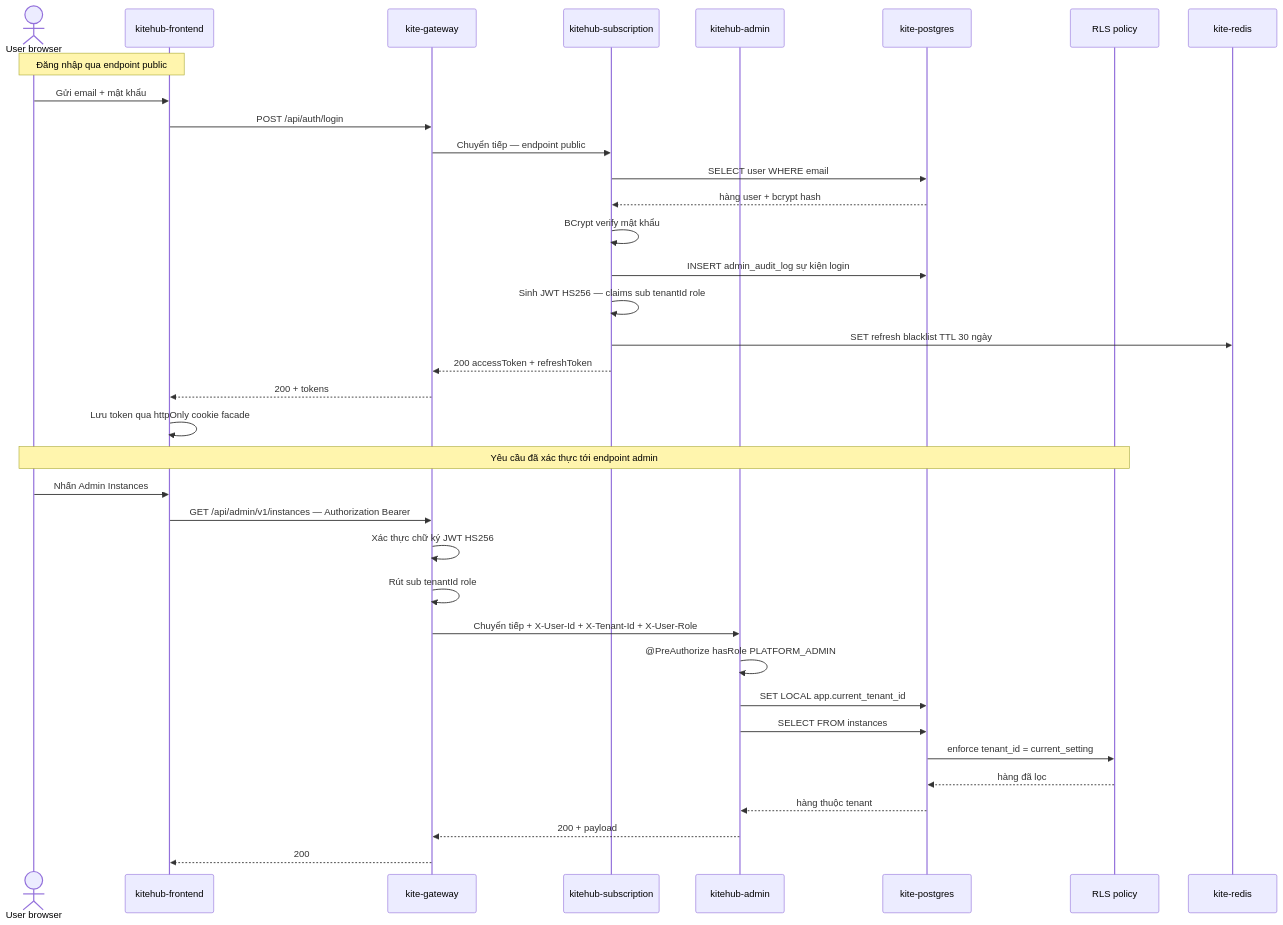
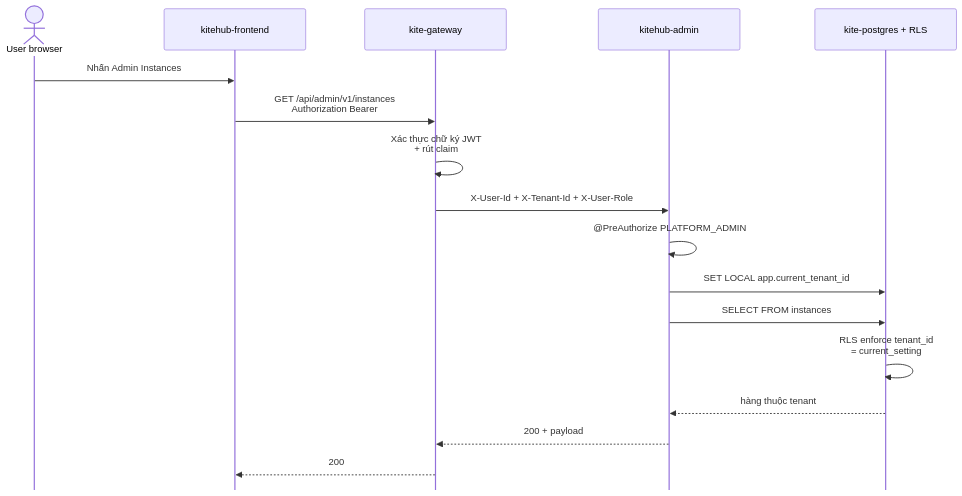
Before and after one commit to VictorAurelius/2026-Kite-Class-Platform: the fifth of 10 diagrams in documents/08-thesis/chapter-2-system-architecture.md, drawn with Mermaid. The commit also changed other lines of this file and 24 other files, not shown here.

````diff
--- a/documents/08-thesis/chapter-2-system-architecture.md
+++ b/documents/08-thesis/chapter-2-system-architecture.md
@@ -443,40 +458,21 @@
 ```mermaid
+%%{init: {"sequence": {"diagramMarginX": 50, "diagramMarginY": 25, "actorMargin": 100, "width": 240, "height": 70, "boxMargin": 18, "boxTextMargin": 10, "noteMargin": 15, "messageMargin": 50, "mirrorActors": false}, "themeVariables": {"fontSize": "28px", "messageFontSize": "26px", "noteFontSize": "26px"}}}%%
 sequenceDiagram
     actor User as User browser
     participant FE as kitehub-frontend
     participant GW as kite-gateway
-    participant Sub as kitehub-subscription
     participant Admin as kitehub-admin
-    participant PG as kite-postgres
-    participant RLS as RLS policy
-    participant Redis as kite-redis
+    participant PG as kite-postgres + RLS
 
-    Note over User,FE: Đăng nhập qua endpoint public
-    User->>FE: Gửi email + mật khẩu
-    FE->>GW: POST /api/auth/login
-    GW->>Sub: Chuyển tiếp — endpoint public
-    Sub->>PG: SELECT user WHERE email
-    PG-->>Sub: hàng user + bcrypt hash
-    Sub->>Sub: BCrypt verify mật khẩu
-    Sub->>PG: INSERT admin_audit_log sự kiện login
-    Sub->>Sub: Sinh JWT HS256 — claims sub tenantId role
-    Sub->>Redis: SET refresh blacklist TTL 30 ngày
-    Sub-->>GW: 200 accessToken + refreshToken
-    GW-->>FE: 200 + tokens
-    FE->>FE: Lưu token qua httpOnly cookie facade
-
-    Note over User,RLS: Yêu cầu đã xác thực tới endpoint admin
     User->>FE: Nhấn Admin Instances
-    FE->>GW: GET /api/admin/v1/instances — Authorization Bearer
-    GW->>GW: Xác thực chữ ký JWT HS256
-    GW->>GW: Rút sub tenantId role
-    GW->>Admin: Chuyển tiếp + X-User-Id + X-Tenant-Id + X-User-Role
-    Admin->>Admin: @PreAuthorize hasRole PLATFORM_ADMIN
+    FE->>GW: GET /api/admin/v1/instances<br/>Authorization Bearer
+    GW->>GW: Xác thực chữ ký JWT<br/>+ rút claim
+    GW->>Admin: X-User-Id + X-Tenant-Id + X-User-Role
+    Admin->>Admin: @PreAuthorize PLATFORM_ADMIN
     Admin->>PG: SET LOCAL app.current_tenant_id
     Admin->>PG: SELECT FROM instances
-    PG->>RLS: enforce tenant_id = current_setting
-    RLS-->>PG: hàng đã lọc
+    PG->>PG: RLS enforce tenant_id<br/>= current_setting
     PG-->>Admin: hàng thuộc tenant
     Admin-->>GW: 200 + payload
     GW-->>FE: 200
 ```
````
